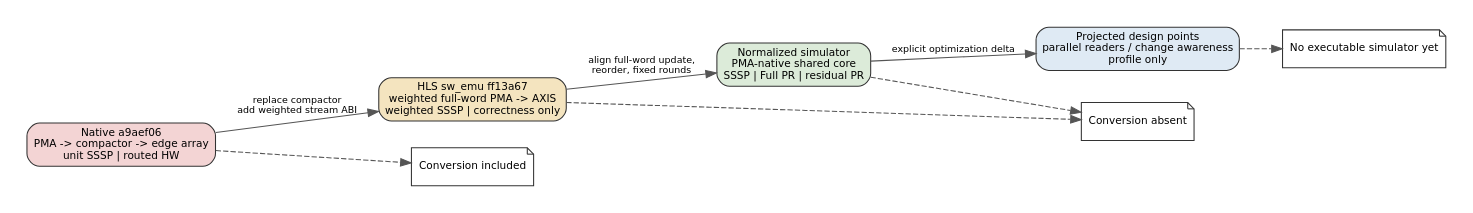
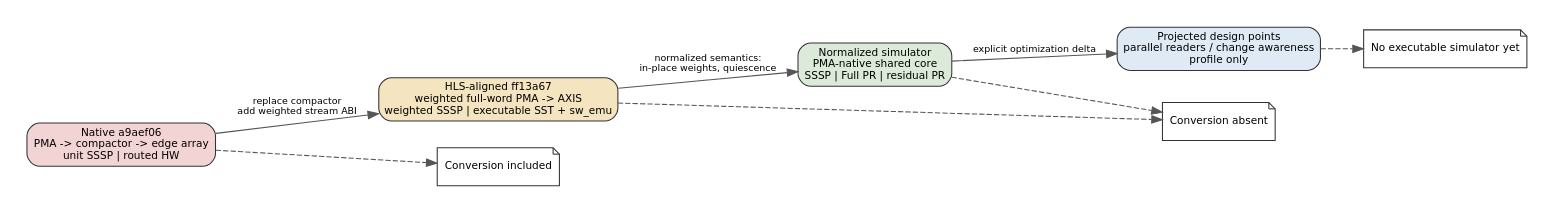
One commit to CxhAkatsukI/spine-cycle-sim changed the diagram in docs/figures/grasu_regraph_profile_ladder.dot. Above: the diagram before and after it, drawn with Graphviz. The commit also changed 17 other files, not shown here.

Commit message:
Execute weighted HLS-aligned GraSU SSSP

```diff
--- a/docs/figures/grasu_regraph_profile_ladder.dot
+++ b/docs/figures/grasu_regraph_profile_ladder.dot
@@ -1,22 +1,22 @@
 digraph G {
   graph [rankdir=LR, bgcolor="white", pad="0.25", nodesep="0.35", ranksep="0.55"];
   node [shape=box, style="rounded,filled", fillcolor="#f7f7f4", color="#333333", fontname="DejaVu Sans", fontsize=10];
   edge [color="#555555", fontname="DejaVu Sans", fontsize=9];
 
   native [label="Native a9aef06\nPMA -> compactor -> edge array\nunit SSSP | routed HW", fillcolor="#f3d4d4"];
-  hls [label="HLS sw_emu ff13a67\nweighted full-word PMA -> AXIS\nweighted SSSP | correctness only", fillcolor="#f4e4bf"];
+  hls [label="HLS-aligned ff13a67\nweighted full-word PMA -> AXIS\nweighted SSSP | executable SST + sw_emu", fillcolor="#f4e4bf"];
   normalized [label="Normalized simulator\nPMA-native shared core\nSSSP | Full PR | residual PR", fillcolor="#dcebd9"];
   projected [label="Projected design points\nparallel readers / change awareness\nprofile only", fillcolor="#dfeaf4"];
 
   conversion [label="Conversion included", shape=note, fillcolor="#ffffff"];
   no_conversion [label="Conversion absent", shape=note, fillcolor="#ffffff"];
   profile_only [label="No executable simulator yet", shape=note, fillcolor="#ffffff"];
 
   native -> hls [label="replace compactor\nadd weighted stream ABI"];
-  hls -> normalized [label="align full-word update,\nreorder, fixed rounds"];
+  hls -> normalized [label="normalized semantics:\nin-place weights, quiescence"];
   normalized -> projected [label="explicit optimization delta"];
   native -> conversion [style=dashed];
   hls -> no_conversion [style=dashed];
   normalized -> no_conversion [style=dashed];
   projected -> profile_only [style=dashed];
 }
```
